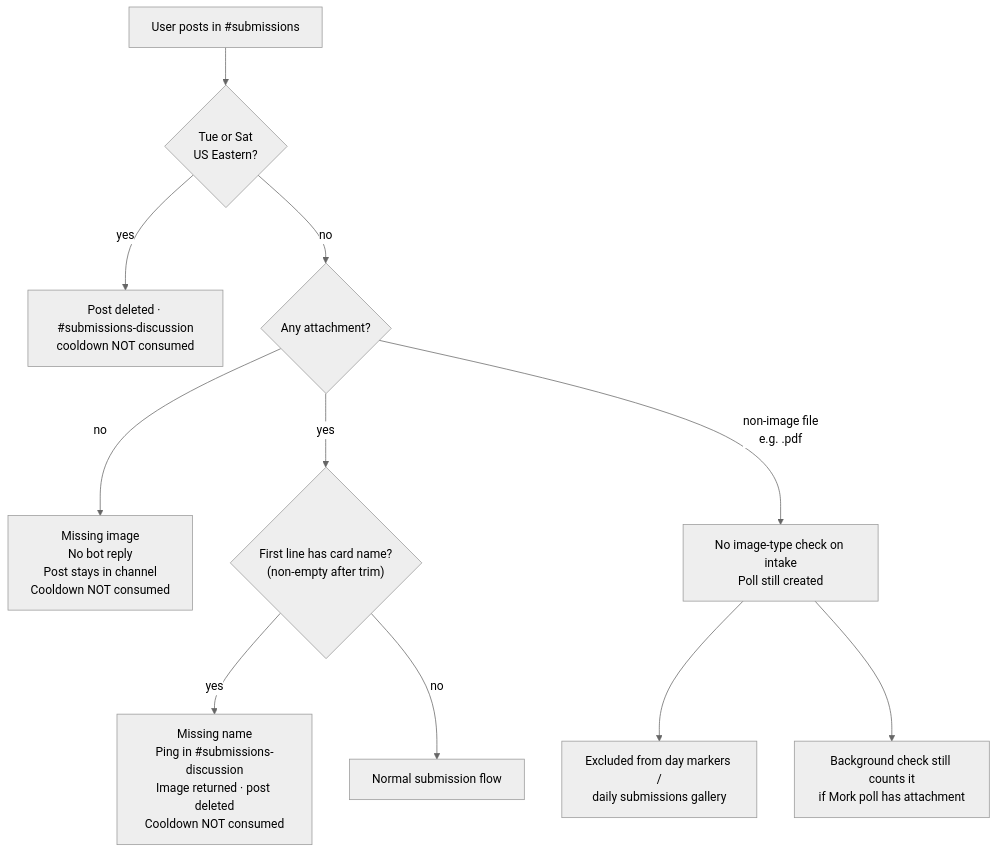
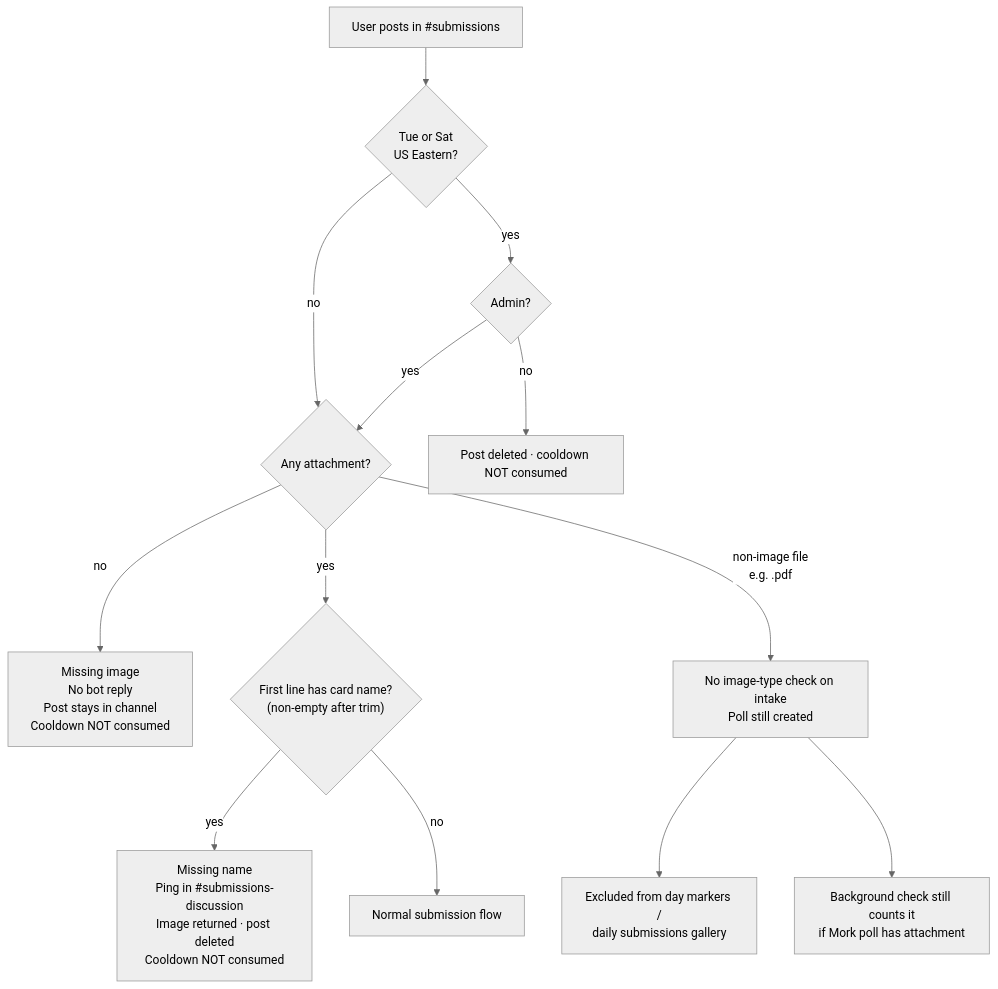
One commit to bones-bones/mork changed the second of 6 diagrams in docs/card-flows/submissions.md. Above: the diagram before and after it, drawn with Mermaid (neutral theme). The commit also changed other lines of this file and 1 other file, not shown here.

````diff
--- a/docs/card-flows/submissions.md
+++ b/docs/card-flows/submissions.md
@@ -52,15 +54,17 @@
 ```mermaid
 flowchart TD
   POST["User posts in #submissions"] --> CLOSED{"Tue or Sat<br/>US Eastern?"}
-  CLOSED -->|yes| CL["Post deleted · #submissions-discussion<br/>cooldown NOT consumed"]
+  CLOSED -->|yes| ADMIN{"Admin?"}
+  ADMIN -->|yes| A
+  ADMIN -->|no| CL["Post deleted · cooldown NOT consumed"]
   CLOSED -->|no| A{"Any attachment?"}
 
   A -->|no| MI["Missing image<br/>No bot reply<br/>Post stays in channel<br/>Cooldown NOT consumed"]
   A -->|yes| B{"First line has card name?<br/>(non-empty after trim)"}
   B -->|yes| NN["Missing name<br/>Ping in #submissions-discussion<br/>Image returned · post deleted<br/>Cooldown NOT consumed"]
   B -->|no| OK["Normal submission flow"]
 
   A -->|non-image file<br/>e.g. .pdf| NI["No image-type check on intake<br/>Poll still created"]
   NI --> GAL["Excluded from day markers /<br/>daily submissions gallery"]
   NI --> CHK["Background check still counts it<br/>if Mork poll has attachment"]
 ```
````
